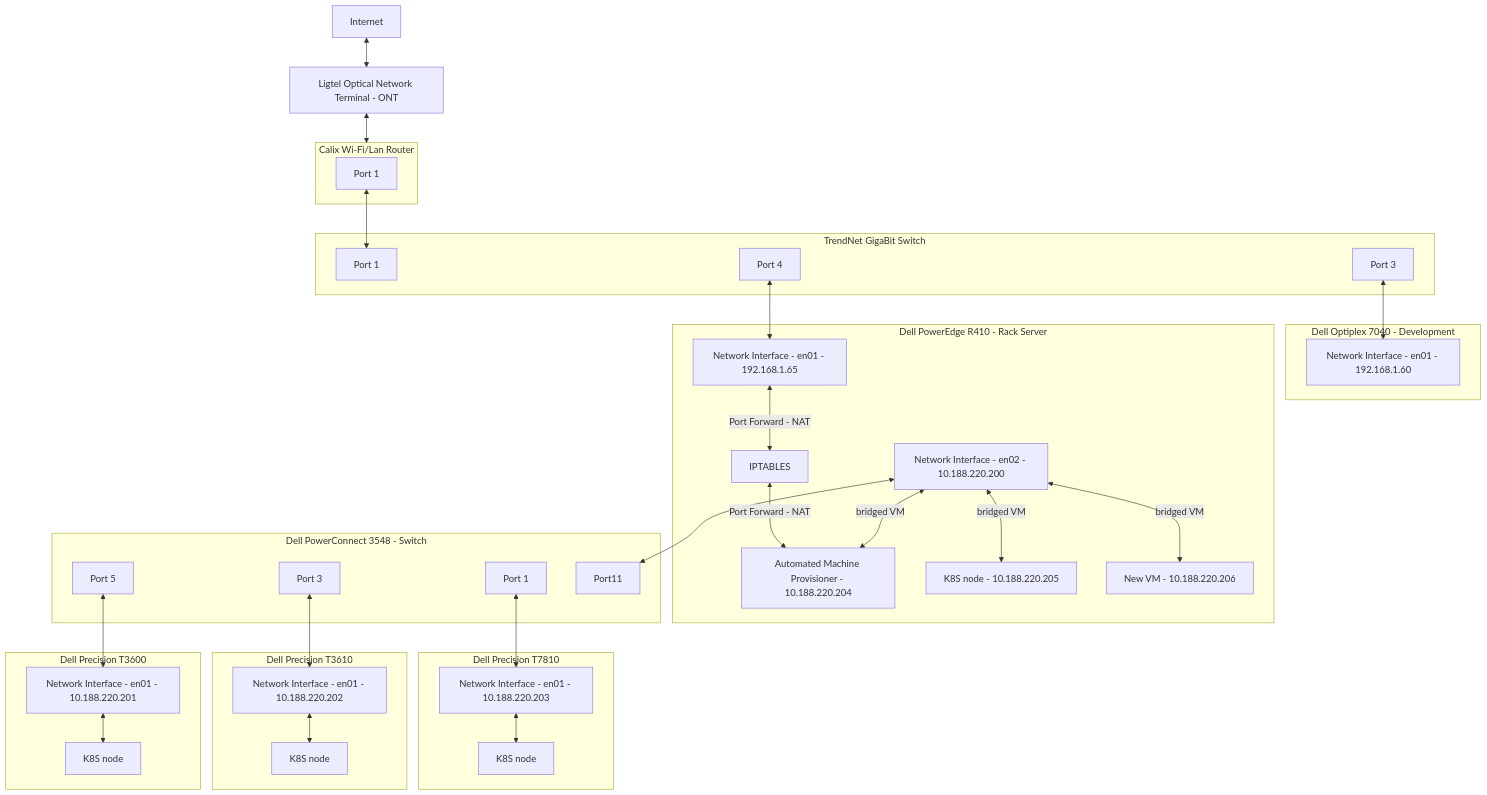
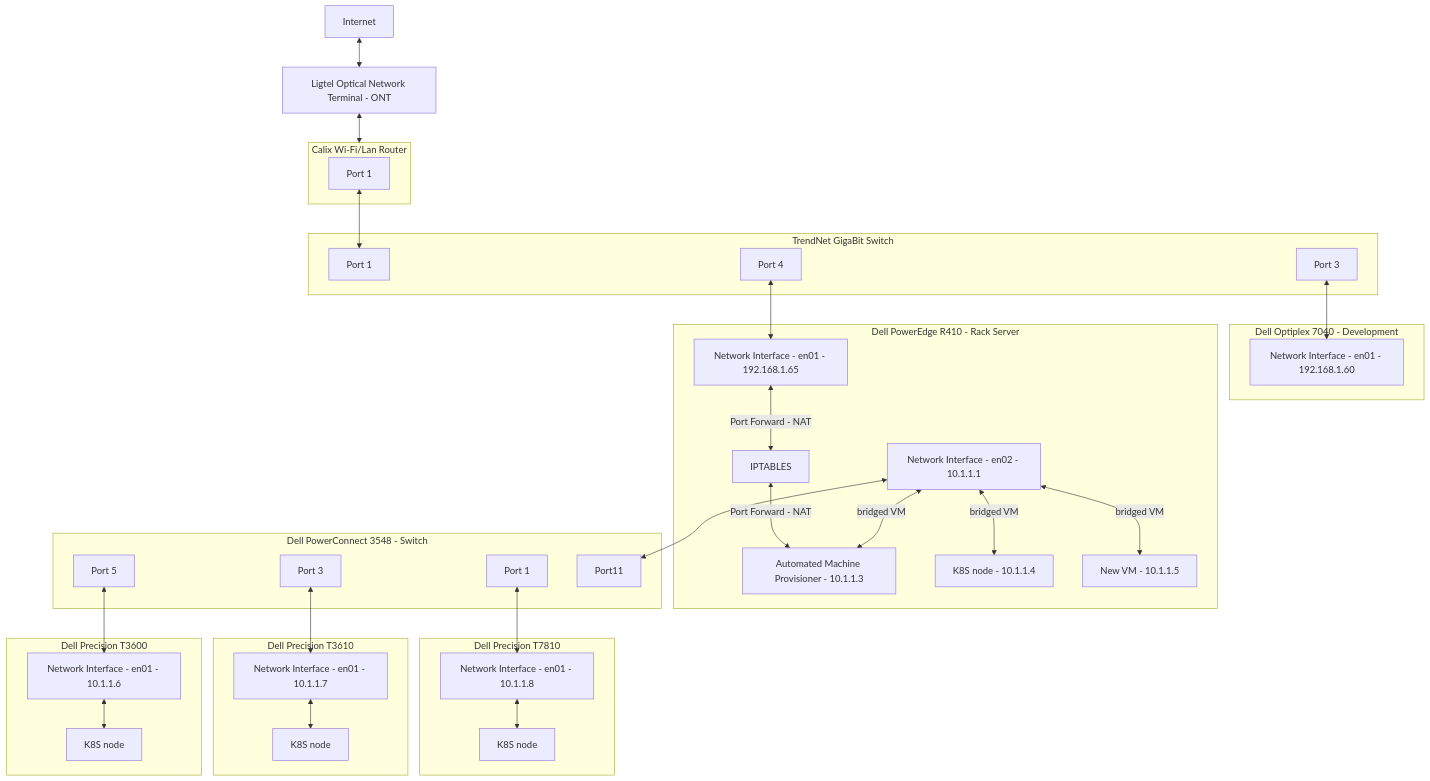
Before and after one commit to brentgroves/repsys: the diagram in development/datacenter/home/network_configuration.md, drawn with Mermaid. The commit also changed 2 other files, not shown here.

Commit message:
updated source code

````diff
--- a/development/datacenter/home/network_configuration.md
+++ b/development/datacenter/home/network_configuration.md
@@ -31,59 +31,59 @@
 ```mermaid
 flowchart TB
 
     Internet[Internet]<--> ONT[Ligtel Optical Network Terminal - ONT]
     ONT<-->CLX[Calix Wi-Fi/Lan Router]
     CP1[Port 1]<-->TP1[Port 1]
 
 
     TP3[Port 3]<-->NI16[Network Interface - en01 - 192.168.1.60];
     TP4[Port 4]<-->NI11[Network Interface - en01 - 192.168.1.65];
 
-    DPCSP5[Port 5]<-->NI13[Network Interface - en01 - 10.188.220.201];
-    DPCSP3[Port 3]<-->NI14[Network Interface - en01 - 10.188.220.202];
-    DPCSP1[Port 1]<-->NI15[Network Interface - en01 - 10.188.220.203];
+    DPCSP5[Port 5]<-->NI13[Network Interface - en01 - 10.1.1.201];
+    DPCSP3[Port 3]<-->NI14[Network Interface - en01 - 10.1.1.202];
+    DPCSP1[Port 1]<-->NI15[Network Interface - en01 - 10.1.1.203];
 
     subgraph CLX[Calix Wi-Fi/Lan Router]
     CP1
     end
 
     subgraph TGS[TrendNet GigaBit Switch]
     TP1
     TP3
     TP4
 
     end
 
     subgraph DOP1[Dell Optiplex 7040 - Development]
     NI16[Network Interface - en01 - 192.168.1.60];
     end
 
     subgraph DP3[Dell Precision T7810]
-    NI15[Network Interface - en01 - 10.188.220.203]<-->K8SN2[K8S node]
+    NI15[Network Interface - en01 - 10.1.1.8]<-->K8SN2[K8S node]
     end
     subgraph DP2[Dell Precision T3610]
-    NI14[Network Interface - en01 - 10.188.220.202]<-->K8SN3[K8S node];
+    NI14[Network Interface - en01 - 10.1.1.7]<-->K8SN3[K8S node];
     end
     subgraph DPT1[Dell Precision T3600]
-    NI13[Network Interface - en01 - 10.188.220.201]<-->K8SN4[K8S node];
+    NI13[Network Interface - en01 - 10.1.1.6]<-->K8SN4[K8S node];
     end
+
+    NI12[Network Interface - en02 - 10.1.1.1]<-->DPCSP11[Port11];
 
     subgraph R410[Dell PowerEdge R410 - Rack Server]
     NI11 <--> |Port Forward - NAT| IPT[IPTABLES] 
-    IPT[IPTABLES]<-->|Port Forward - NAT| MAAS1[Automated Machine Provisioner - 10.188.220.204]
-    NI12[Network Interface - en02 - 10.188.220.200];
-    NI12<-->|bridged VM| MAAS1[Automated Machine Provisioner - 10.188.220.204]
-    NI12<--> |bridged VM| K8SN1[K8S node - 10.188.220.205]
-    NI12<--> |bridged VM| NVM1[New VM - 10.188.220.206]
+    IPT[IPTABLES]<-->|Port Forward - NAT| MAAS1[Automated Machine Provisioner - 10.1.1.2]
+    NI12
+    NI12<-->|bridged VM| MAAS1[Automated Machine Provisioner - 10.1.1.3]
+    NI12<--> |bridged VM| K8SN1[K8S node - 10.1.1.4]
+    NI12<--> |bridged VM| NVM1[New VM - 10.1.1.5]
+    end
 
 
-    end
-
-    NI12[Network Interface - en02 - 10.188.220.200]<-->DPCSP11[Port11];
     subgraph DPC[Dell PowerConnect 3548 - Switch]
     DPCSP11
     DPCSP5
     DPCSP3
     DPCSP1
     end
 ```
````
